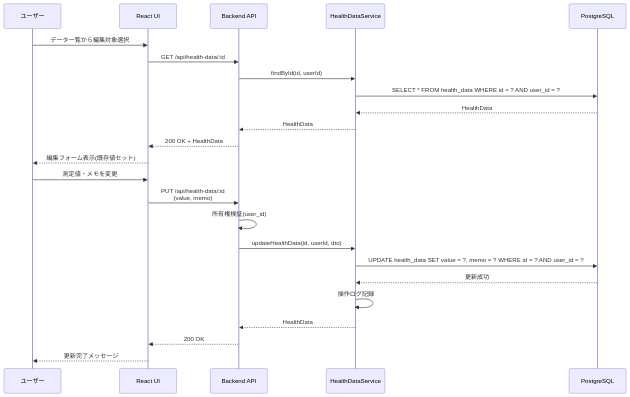
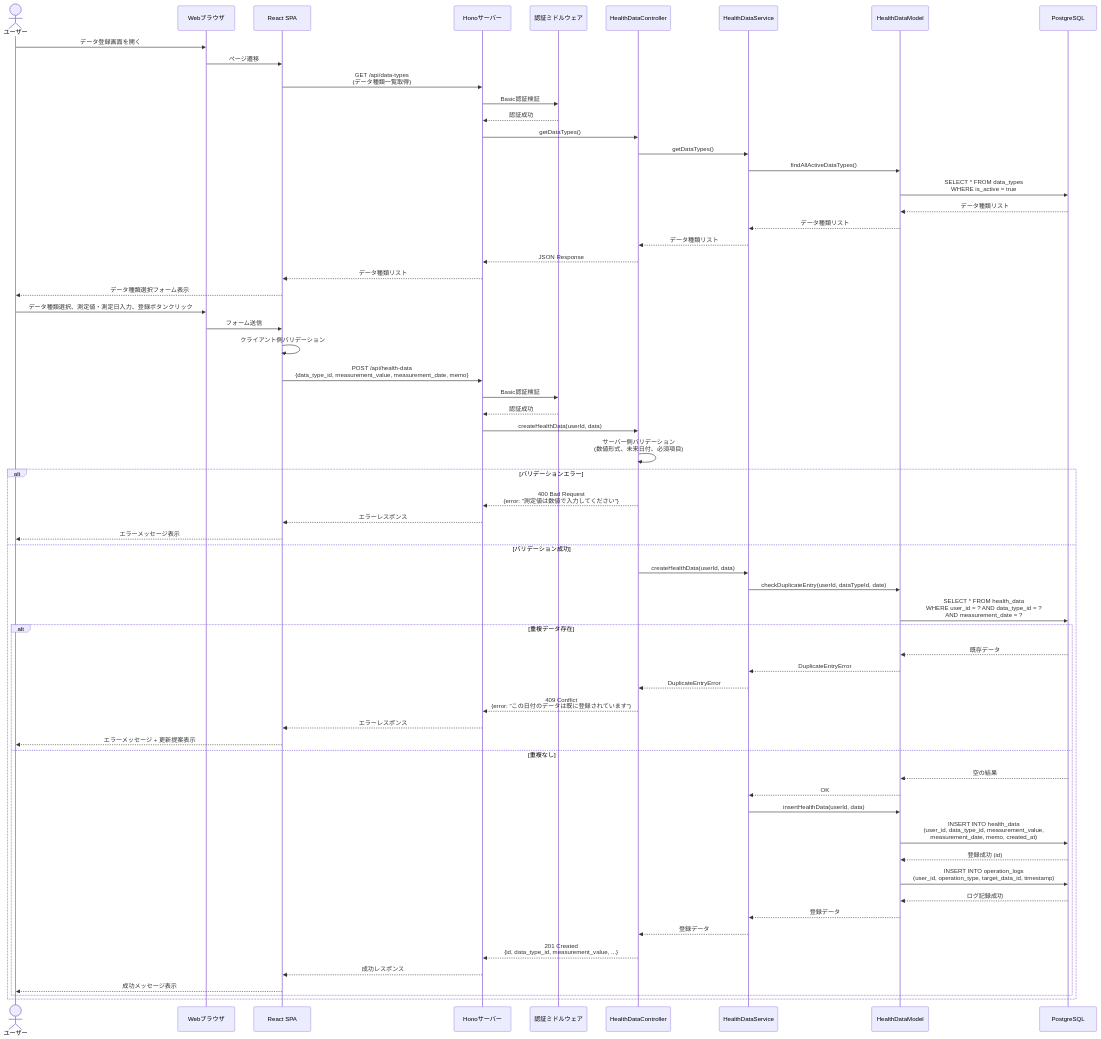
One commit to mkyutani/sphr changed the second of 3 diagrams in .kiro/specs/personal-healthcare-record/design.md. Above: the diagram before and after it, drawn with Mermaid. The commit also changed other lines of this file and 34 other files, not shown here.

````diff
--- a/.kiro/specs/personal-healthcare-record/design.md
+++ b/.kiro/specs/personal-healthcare-record/design.md
@@ -412,27 +277,69 @@
 ```mermaid
 sequenceDiagram
-    participant User as ユーザー
-    participant UI as React UI
-    participant API as Backend API
-    participant Service as HealthDataService
+    actor User as ユーザー
+    participant Browser as Webブラウザ
+    participant React as React SPA
+    participant Hono as Honoサーバー
+    participant AuthMiddleware as 認証ミドルウェア
+    participant HealthAPI as HealthDataController
+    participant HealthService as HealthDataService
+    participant HealthModel as HealthDataModel
     participant DB as PostgreSQL
 
-    User->>UI: データ一覧から編集対象選択
-    UI->>API: GET /api/health-data/:id
-    API->>Service: findById(id, userId)
-    Service->>DB: SELECT * FROM health_data WHERE id = ? AND user_id = ?
-    DB-->>Service: HealthData
-    Service-->>API: HealthData
-    API-->>UI: 200 OK + HealthData
-    UI-->>User: 編集フォーム表示(既存値セット)
-    User->>UI: 測定値・メモを変更
-    UI->>API: PUT /api/health-data/:id<br/>{value, memo}
-    API->>API: 所有権検証(user_id)
-    API->>Service: updateHealthData(id, userId, dto)
-    Service->>DB: UPDATE health_data SET value = ?, memo = ? WHERE id = ? AND user_id = ?
-    DB-->>Service: 更新成功
-    Service->>Service: 操作ログ記録
-    Service-->>API: HealthData
-    API-->>UI: 200 OK
-    UI-->>User: 更新完了メッセージ
+    User->>Browser: データ登録画面を開く
+    Browser->>React: ページ遷移
+    React->>Hono: GET /api/data-types<br/>(データ種類一覧取得)
+    Hono->>AuthMiddleware: Basic認証検証
+    AuthMiddleware-->>Hono: 認証成功
+    Hono->>HealthAPI: getDataTypes()
+    HealthAPI->>HealthService: getDataTypes()
+    HealthService->>HealthModel: findAllActiveDataTypes()
+    HealthModel->>DB: SELECT * FROM data_types<br/>WHERE is_active = true
+    DB-->>HealthModel: データ種類リスト
+    HealthModel-->>HealthService: データ種類リスト
+    HealthService-->>HealthAPI: データ種類リスト
+    HealthAPI-->>Hono: JSON Response
+    Hono-->>React: データ種類リスト
+    React-->>User: データ種類選択フォーム表示
+
+    User->>Browser: データ種類選択、測定値・測定日入力、登録ボタンクリック
+    Browser->>React: フォーム送信
+    React->>React: クライアント側バリデーション
+    React->>Hono: POST /api/health-data<br/>{data_type_id, measurement_value, measurement_date, memo}
+    Hono->>AuthMiddleware: Basic認証検証
+    AuthMiddleware-->>Hono: 認証成功
+    Hono->>HealthAPI: createHealthData(userId, data)
+    HealthAPI->>HealthAPI: サーバー側バリデーション<br/>(数値形式、未来日付、必須項目)
+
+    alt バリデーションエラー
+        HealthAPI-->>Hono: 400 Bad Request<br/>{error: "測定値は数値で入力してください"}
+        Hono-->>React: エラーレスポンス
+        React-->>User: エラーメッセージ表示
+    else バリデーション成功
+        HealthAPI->>HealthService: createHealthData(userId, data)
+        HealthService->>HealthModel: checkDuplicateEntry(userId, dataTypeId, date)
+        HealthModel->>DB: SELECT * FROM health_data<br/>WHERE user_id = ? AND data_type_id = ?<br/>AND measurement_date = ?
+
+        alt 重複データ存在
+            DB-->>HealthModel: 既存データ
+            HealthModel-->>HealthService: DuplicateEntryError
+            HealthService-->>HealthAPI: DuplicateEntryError
+            HealthAPI-->>Hono: 409 Conflict<br/>{error: "この日付のデータは既に登録されています"}
+            Hono-->>React: エラーレスポンス
+            React-->>User: エラーメッセージ + 更新提案表示
+        else 重複なし
+            DB-->>HealthModel: 空の結果
+            HealthModel-->>HealthService: OK
+            HealthService->>HealthModel: insertHealthData(userId, data)
+            HealthModel->>DB: INSERT INTO health_data<br/>(user_id, data_type_id, measurement_value,<br/>measurement_date, memo, created_at)
+            DB-->>HealthModel: 登録成功 (id)
+            HealthModel->>DB: INSERT INTO operation_logs<br/>(user_id, operation_type, target_data_id, timestamp)
+            DB-->>HealthModel: ログ記録成功
+            HealthModel-->>HealthService: 登録データ
+            HealthService-->>HealthAPI: 登録データ
+            HealthAPI-->>Hono: 201 Created<br/>{id, data_type_id, measurement_value, ...}
+            Hono-->>React: 成功レスポンス
+            React-->>User: 成功メッセージ表示
+        end
+    end
 ```
````
